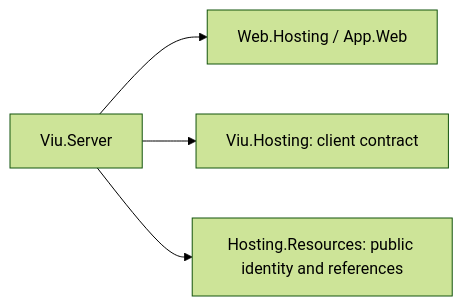
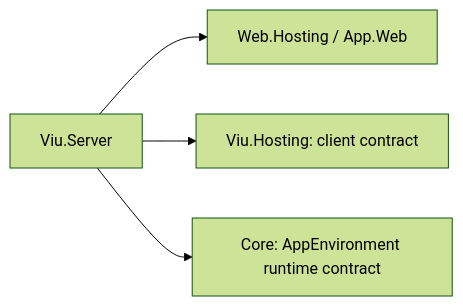
The diagram in platforms/cohesion/Assimalign.Cohesion.Viu.Server/docs/DESIGN.md (assimalign/viu-platforms), drawn with Mermaid (forest theme) before and after one commit. The commit also changed other lines of this file and 62 other files, not shown here.

````diff
--- a/platforms/cohesion/Assimalign.Cohesion.Viu.Server/docs/DESIGN.md
+++ b/platforms/cohesion/Assimalign.Cohesion.Viu.Server/docs/DESIGN.md
@@ -179,6 +189,6 @@
 ```mermaid
 flowchart LR
     Server["Viu.Server"] --> Web["Web.Hosting / App.Web"]
     Server --> Hosting["Viu.Hosting: client contract"]
-    Server --> Resources["Hosting.Resources: public identity and references"]
+    Server --> Core["Core: AppEnvironment runtime contract"]
 ```
````
